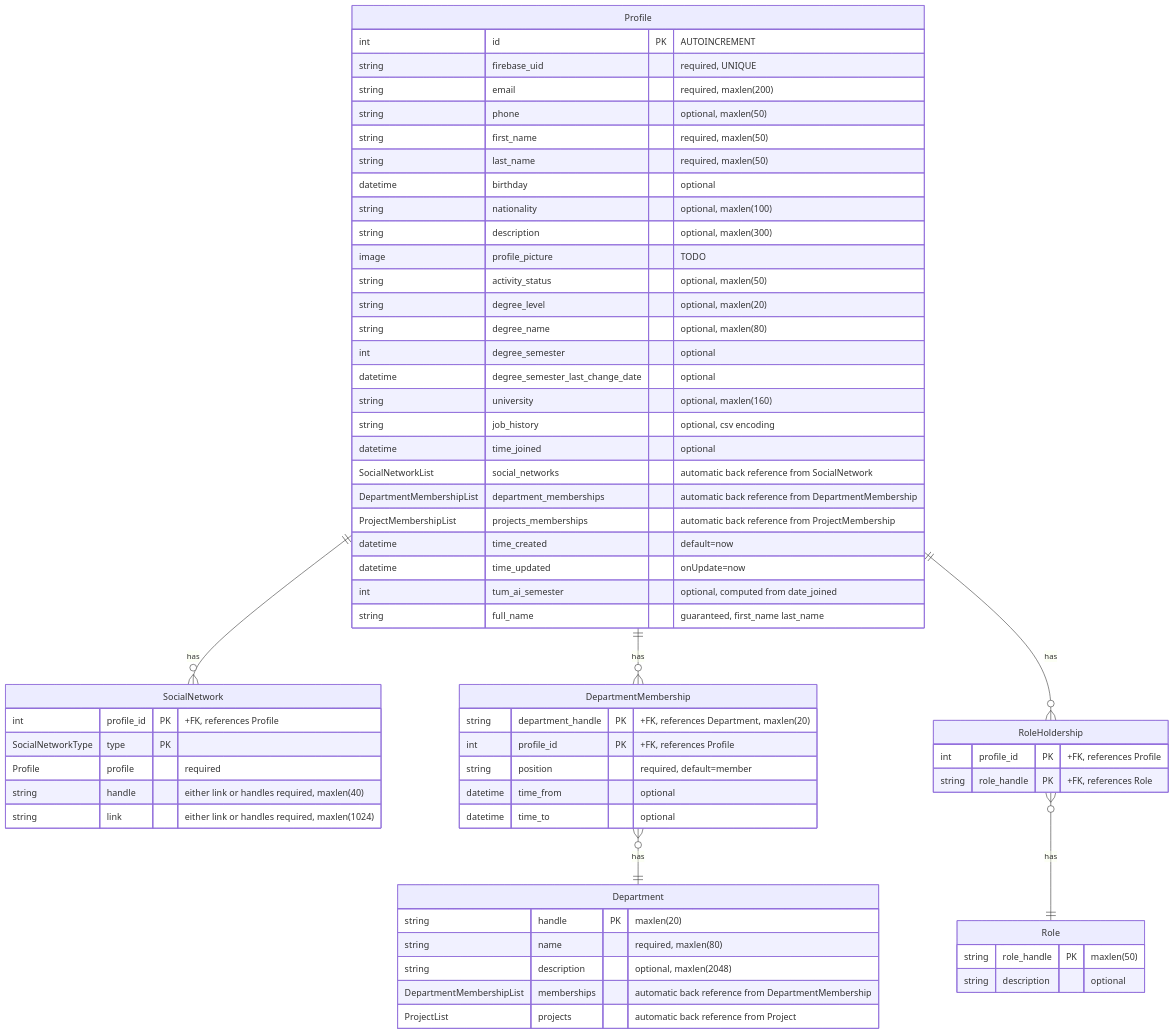
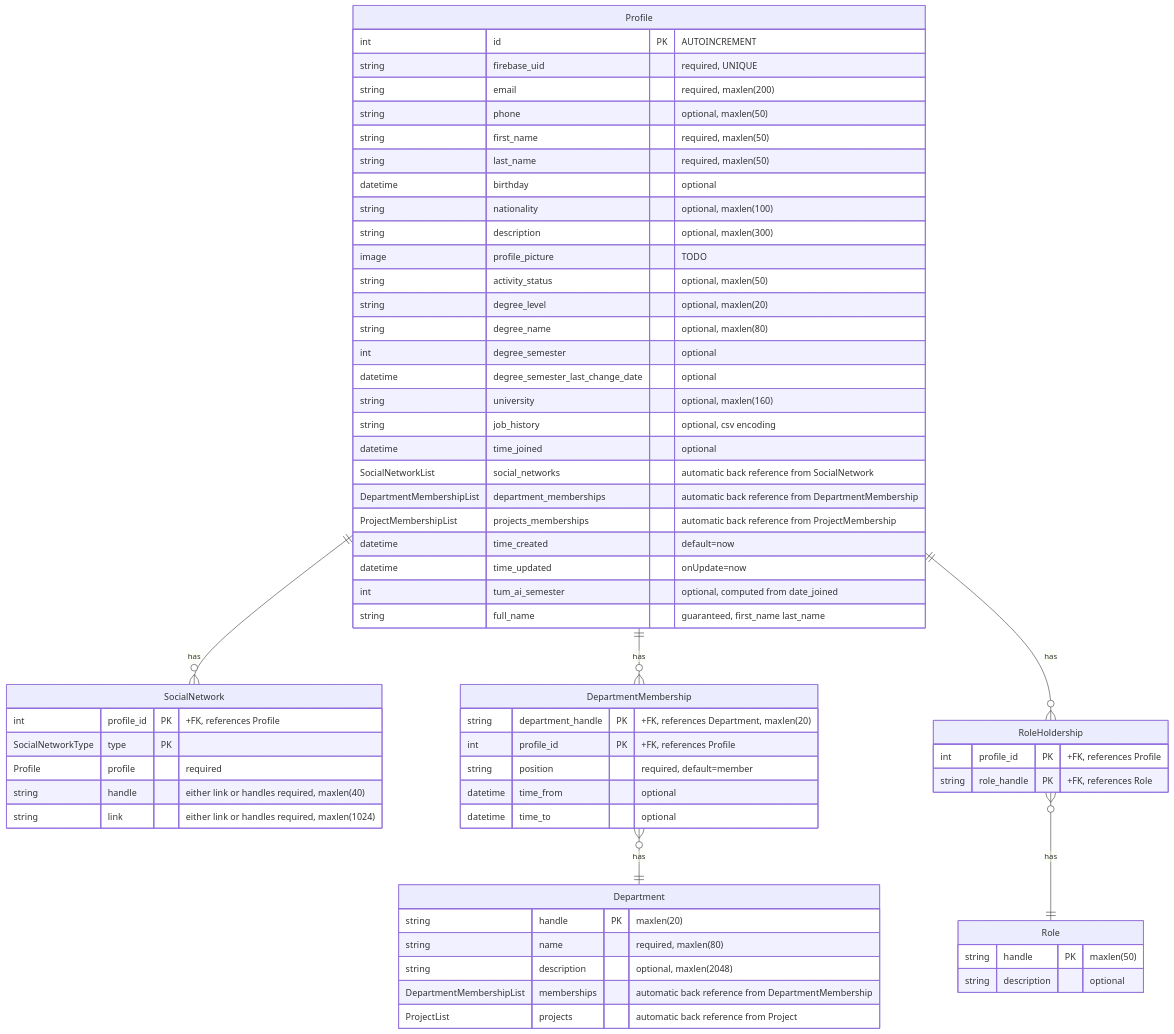
One commit to tum-ai/space changed the diagram in api/README.md. Above: the diagram before and after it, drawn with Mermaid. The commit also changed 7 other files, not shown here.

```diff
--- a/api/README.md
+++ b/api/README.md
@@ -78,7 +78,7 @@
         datetime time_to "optional"
     }
     Role {
-        string role_handle PK "maxlen(50)"
+        string handle PK "maxlen(50)"
         string description "optional"
     }
     RoleHoldership {
```
